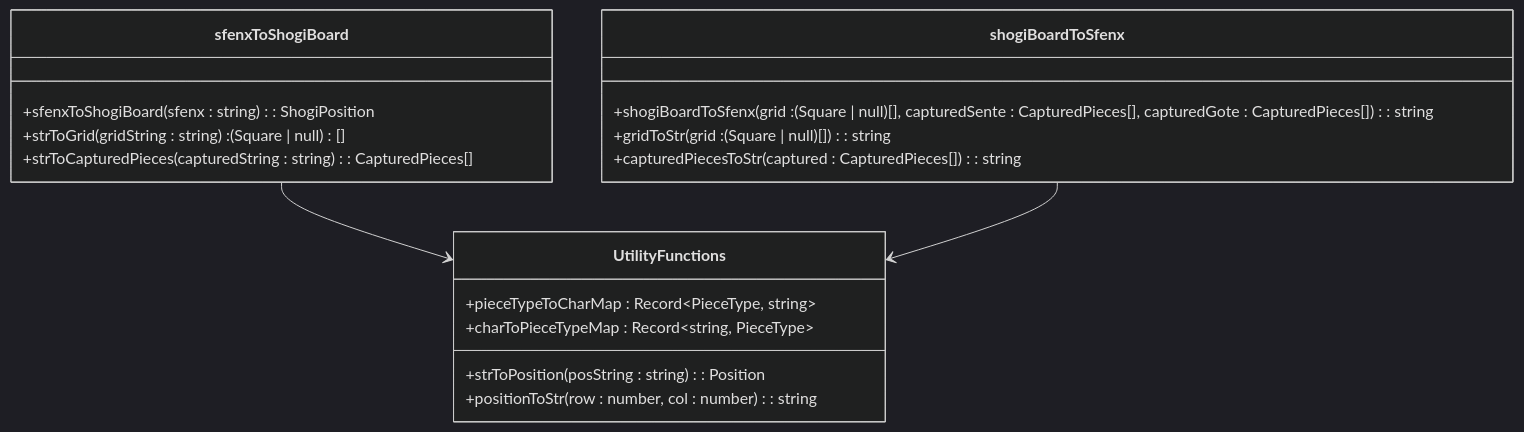
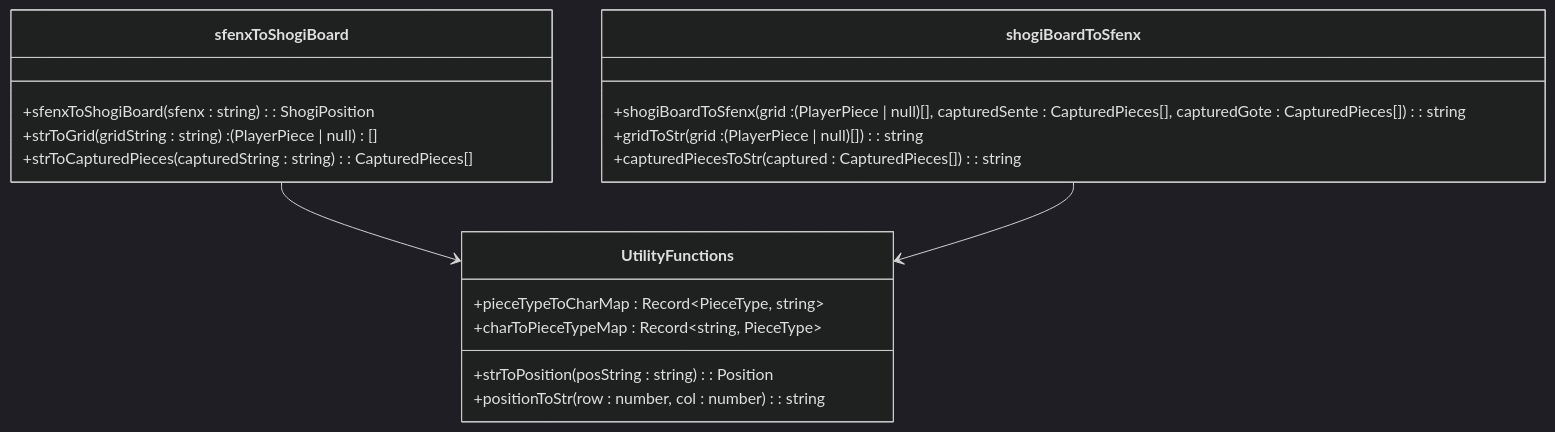
Before and after one commit to hashiryo/SvelteShogi: the third of 5 diagrams in .qoder/repowiki/ja/content/Domain Logic/Domain Logic.md, drawn with Mermaid (dark theme). The commit also changed other lines of this file and 23 other files, not shown here.

````diff
--- a/.qoder/repowiki/ja/content/Domain Logic/Domain Logic.md
+++ b/.qoder/repowiki/ja/content/Domain Logic/Domain Logic.md
@@ -176,21 +176,21 @@
 ```mermaid
 classDiagram
 class sfenxToShogiBoard {
 +sfenxToShogiBoard(sfenx : string) : ShogiPosition
-+strToGrid(gridString : string) : (Square | null)[]
++strToGrid(gridString : string) : (PlayerPiece | null)[]
 +strToCapturedPieces(capturedString : string) : CapturedPieces[]
 }
 class shogiBoardToSfenx {
-+shogiBoardToSfenx(grid : (Square | null)[], capturedSente : CapturedPieces[], capturedGote : CapturedPieces[]) : string
-+gridToStr(grid : (Square | null)[]) : string
++shogiBoardToSfenx(grid : (PlayerPiece | null)[], capturedSente : CapturedPieces[], capturedGote : CapturedPieces[]) : string
++gridToStr(grid : (PlayerPiece | null)[]) : string
 +capturedPiecesToStr(captured : CapturedPieces[]) : string
 }
 class UtilityFunctions {
 +pieceTypeToCharMap : Record~PieceType, string~
 +charToPieceTypeMap : Record~string, PieceType~
 +strToPosition(posString : string) : Position
 +positionToStr(row : number, col : number) : string
 }
 sfenxToShogiBoard --> UtilityFunctions
 shogiBoardToSfenx --> UtilityFunctions
 ```
````
